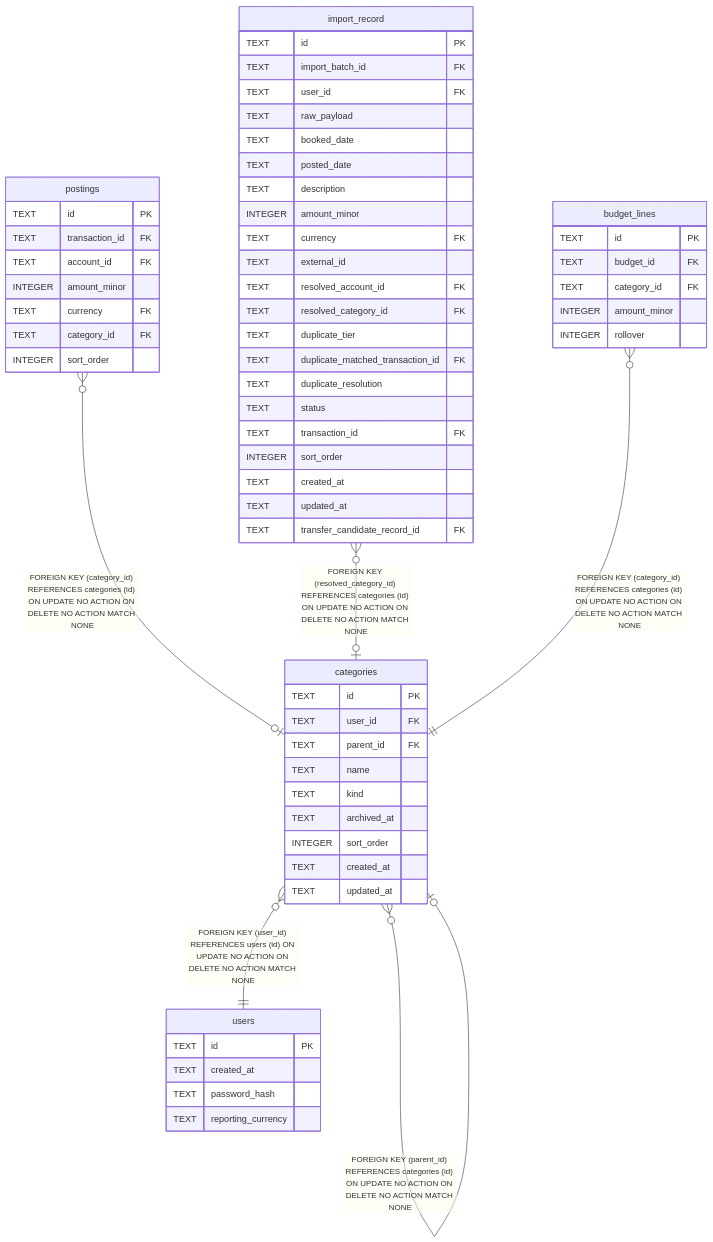
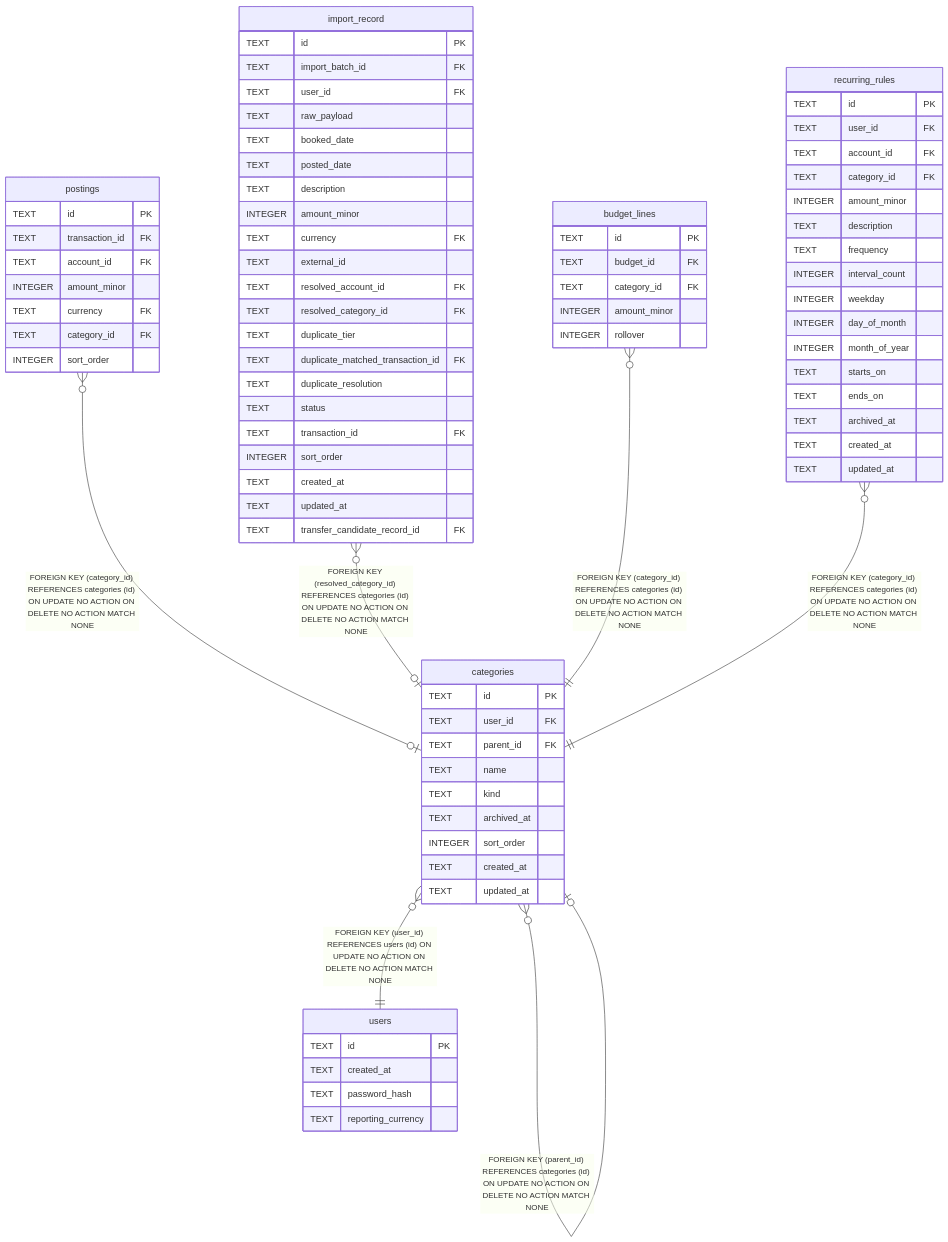
Before and after one commit to anirudhgray/bodger: the diagram in docs/schema/categories.md, drawn with Mermaid. The commit also changed other lines of this file and 36 other files, not shown here.

```diff
--- a/docs/schema/categories.md
+++ b/docs/schema/categories.md
@@ -64,6 +64,7 @@
 "categories" }o--o| "categories" : "FOREIGN KEY (parent_id) REFERENCES categories (id) ON UPDATE NO ACTION ON DELETE NO ACTION MATCH NONE"
 "import_record" }o--o| "categories" : "FOREIGN KEY (resolved_category_id) REFERENCES categories (id) ON UPDATE NO ACTION ON DELETE NO ACTION MATCH NONE"
 "budget_lines" }o--|| "categories" : "FOREIGN KEY (category_id) REFERENCES categories (id) ON UPDATE NO ACTION ON DELETE NO ACTION MATCH NONE"
+"recurring_rules" }o--|| "categories" : "FOREIGN KEY (category_id) REFERENCES categories (id) ON UPDATE NO ACTION ON DELETE NO ACTION MATCH NONE"
 "categories" }o--|| "users" : "FOREIGN KEY (user_id) REFERENCES users (id) ON UPDATE NO ACTION ON DELETE NO ACTION MATCH NONE"
 
 "categories" {
@@ -116,6 +117,24 @@
   INTEGER amount_minor
   INTEGER rollover
 }
+"recurring_rules" {
+  TEXT id PK
+  TEXT user_id FK
+  TEXT account_id FK
+  TEXT category_id FK
+  INTEGER amount_minor
+  TEXT description
+  TEXT frequency
+  INTEGER interval_count
+  INTEGER weekday
+  INTEGER day_of_month
+  INTEGER month_of_year
+  TEXT starts_on
+  TEXT ends_on
+  TEXT archived_at
+  TEXT created_at
+  TEXT updated_at
+}
 "users" {
   TEXT id PK
   TEXT created_at
```
